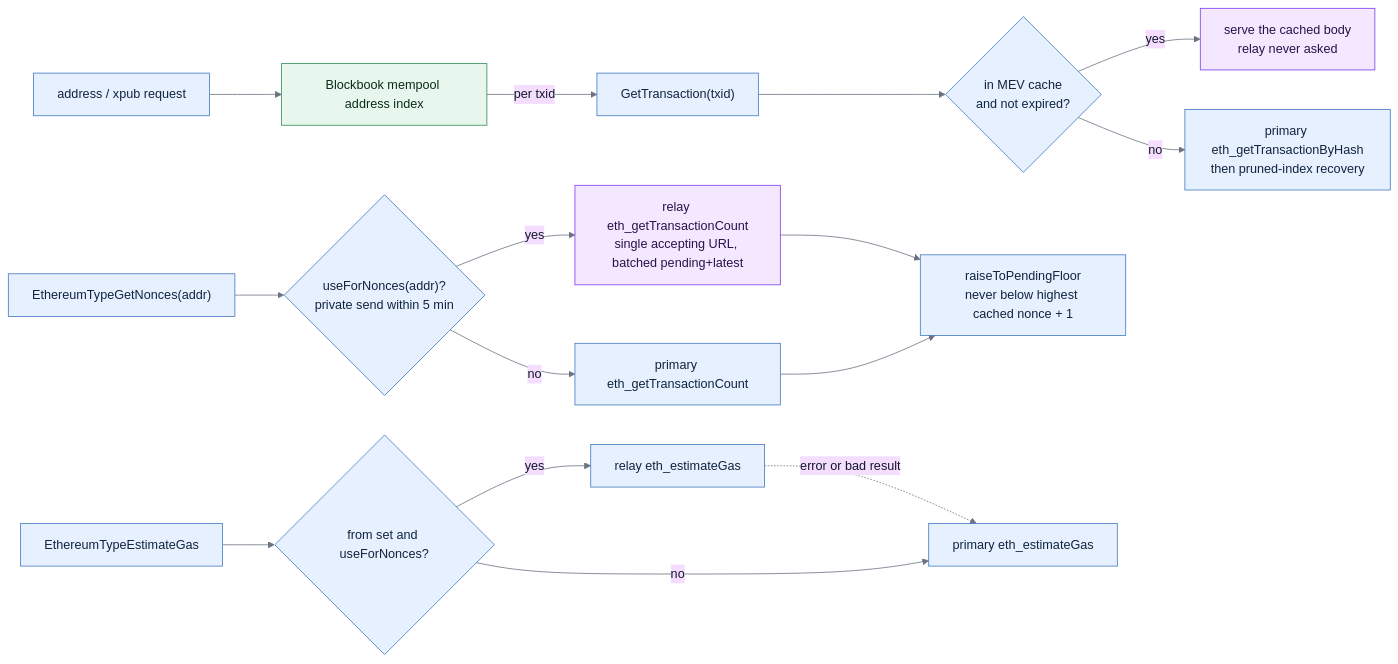
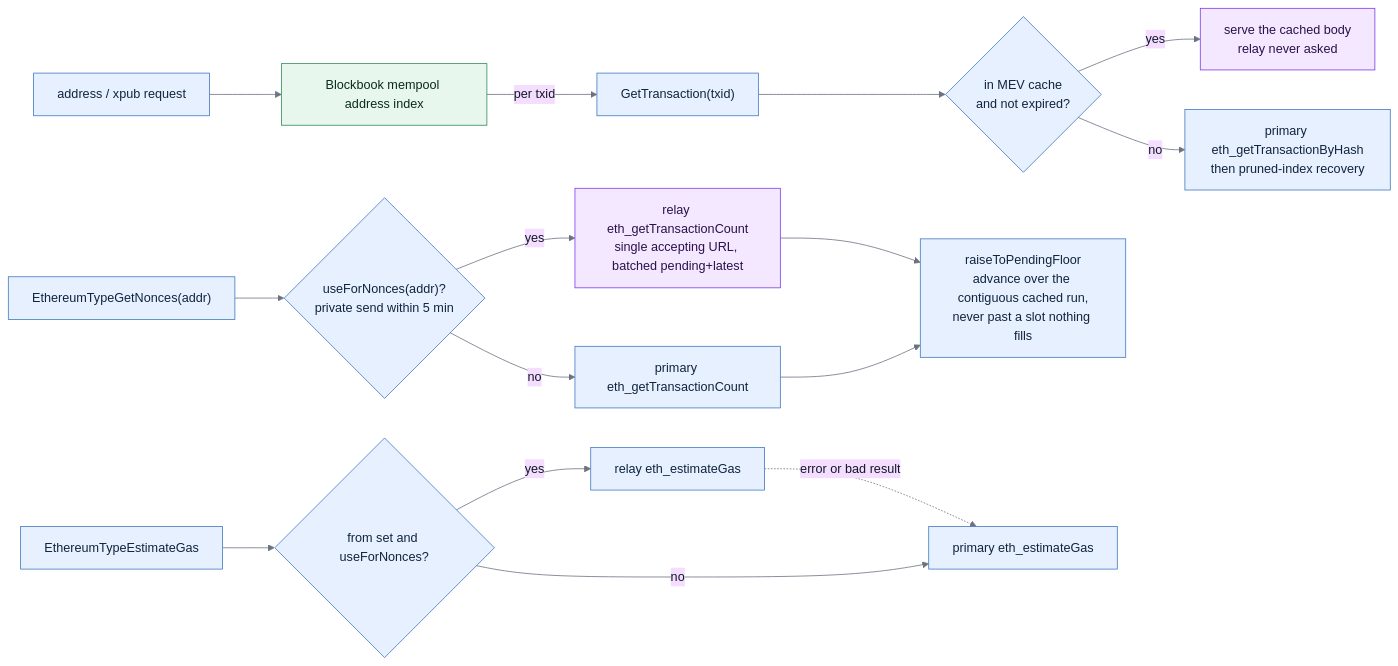
Before and after one commit to trezor/blockbook: the third of 3 diagrams in docs/evm-send-mempools.md, drawn with Mermaid. The commit also changed 9 other files, not shown here.

First line of the commit message:
fix(eth): never advertise a pending nonce past a slot nothing fills

````diff
--- a/docs/evm-send-mempools.md
+++ b/docs/evm-send-mempools.md
@@ -165,41 +165,41 @@
 ```mermaid
 %%{init: {"theme": "base", "themeVariables": {"lineColor": "#6b7280", "primaryTextColor": "#111827"}}}%%
 flowchart LR
     tx["GetTransaction(txid)"]
     hit{"in MEV cache<br/>and not expired?"}
     body["serve the cached body<br/>relay never asked"]
     rpcget["primary eth_getTransactionByHash<br/>then pruned-index recovery"]
 
     addr["address / xpub request"]
     idx["Blockbook mempool address index"]
 
     non["EthereumTypeGetNonces(addr)"]
     gate{"useForNonces(addr)?<br/>private send within 5 min"}
     nrelay["relay eth_getTransactionCount<br/>single accepting URL, batched pending+latest"]
     nprim["primary eth_getTransactionCount"]
-    floor["raiseToPendingFloor<br/>never below highest cached nonce + 1"]
+    floor["raiseToPendingFloor<br/>advance over the contiguous cached run,<br/>never past a slot nothing fills"]
 
     est["EthereumTypeEstimateGas"]
     egate{"from set and useForNonces?"}
     erelay["relay eth_estimateGas"]
     eprim["primary eth_estimateGas"]
 
     tx --> hit
     hit -- "yes" --> body
     hit -- "no" --> rpcget
     addr --> idx -- "per txid" --> tx
     non --> gate
     gate -- "yes" --> nrelay --> floor
     gate -- "no" --> nprim --> floor
     est --> egate
     egate -- "yes" --> erelay
     erelay -. "error or bad result" .-> eprim
     egate -- "no" --> eprim
 
     classDef step fill:#e7f0ff,stroke:#4078c0,color:#10243e;
     classDef mev fill:#f3e8ff,stroke:#7c3aed,color:#2b1148;
     classDef pubstore fill:#e8f7ed,stroke:#2e8b57,color:#0b2c19;
     class tx,hit,rpcget,addr,non,gate,nprim,est,egate,erelay,eprim,floor step;
     class body,nrelay mev;
     class idx pubstore;
 ```
````
